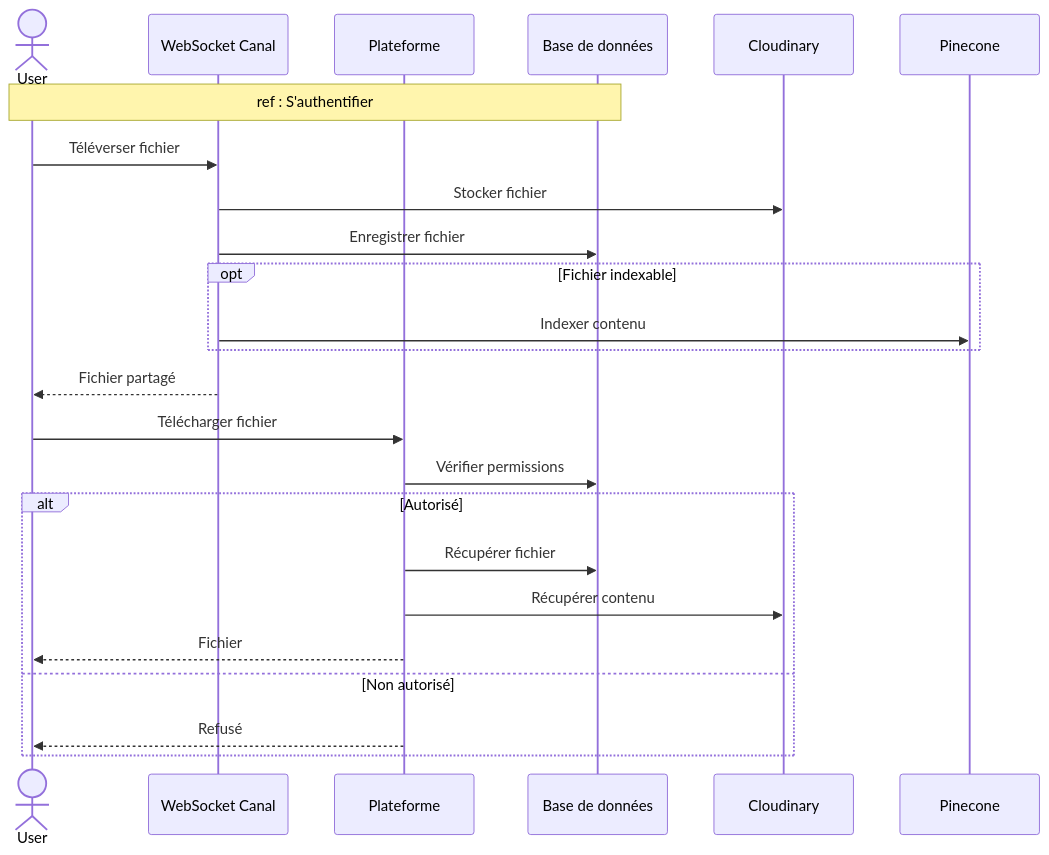
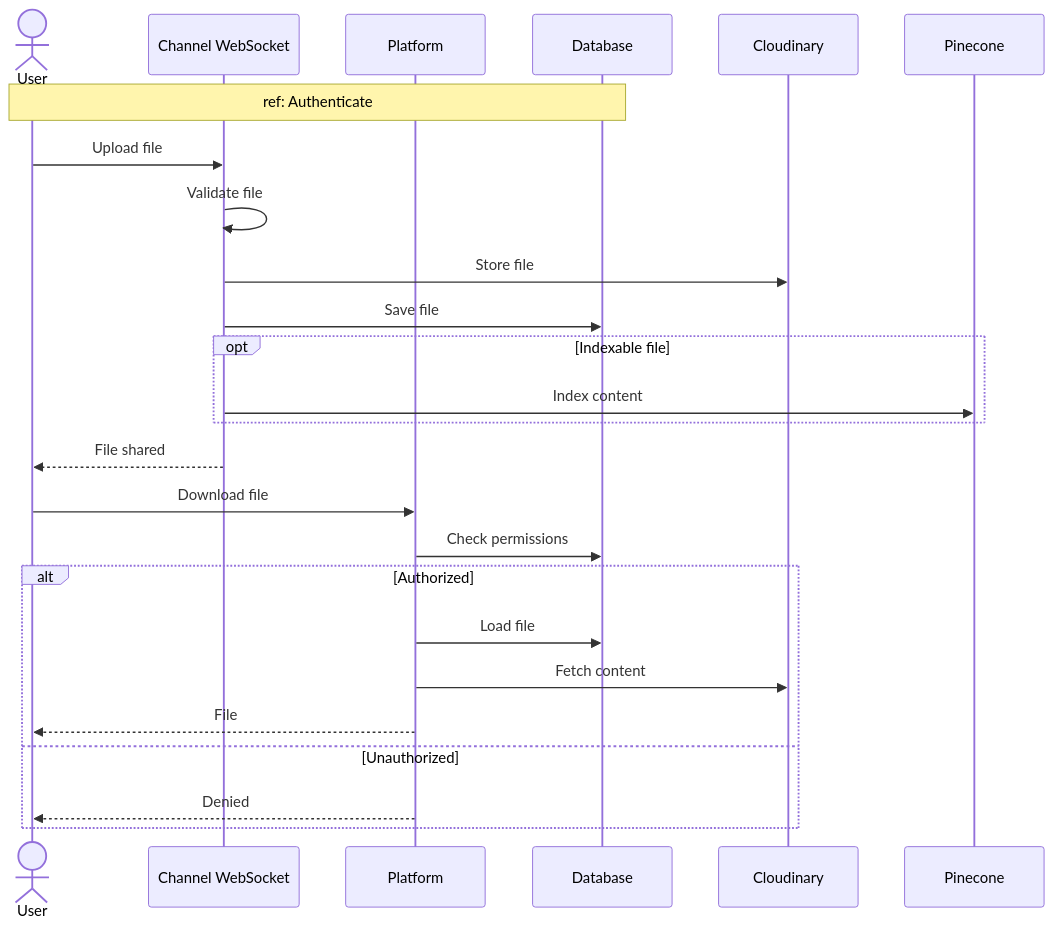
One commit to MohamedChebbi123/teamnest changed the tenth of 16 diagrams in docs/SEQUENCE_DIAGRAMS.md. Above: the diagram before and after it, drawn with Mermaid. The commit also changed other lines of this file, not shown here.

````diff
--- a/docs/SEQUENCE_DIAGRAMS.md
+++ b/docs/SEQUENCE_DIAGRAMS.md
@@ -304,29 +307,30 @@
 ```mermaid
 sequenceDiagram
     actor User
-    participant WS as WebSocket Canal
-    participant API as Plateforme
-    participant DB as Base de données
+    participant WS as Channel WebSocket
+    participant API as Platform
+    participant DB as Database
     participant Cloud as Cloudinary
     participant Vec as Pinecone
 
-    Note over User,DB: ref : S'authentifier
+    Note over User,DB: ref: Authenticate
 
-    User->>WS: Téléverser fichier
-    WS->>Cloud: Stocker fichier
-    WS->>DB: Enregistrer fichier
-    opt Fichier indexable
-        WS->>Vec: Indexer contenu
+    User->>WS: Upload file
+    WS->>WS: Validate file
+    WS->>Cloud: Store file
+    WS->>DB: Save file
+    opt Indexable file
+        WS->>Vec: Index content
     end
-    WS-->>User: Fichier partagé
+    WS-->>User: File shared
 
-    User->>API: Télécharger fichier
-    API->>DB: Vérifier permissions
-    alt Autorisé
-        API->>DB: Récupérer fichier
-        API->>Cloud: Récupérer contenu
-        API-->>User: Fichier
-    else Non autorisé
-        API-->>User: Refusé
+    User->>API: Download file
+    API->>DB: Check permissions
+    alt Authorized
+        API->>DB: Load file
+        API->>Cloud: Fetch content
+        API-->>User: File
+    else Unauthorized
+        API-->>User: Denied
     end
 ```
````
